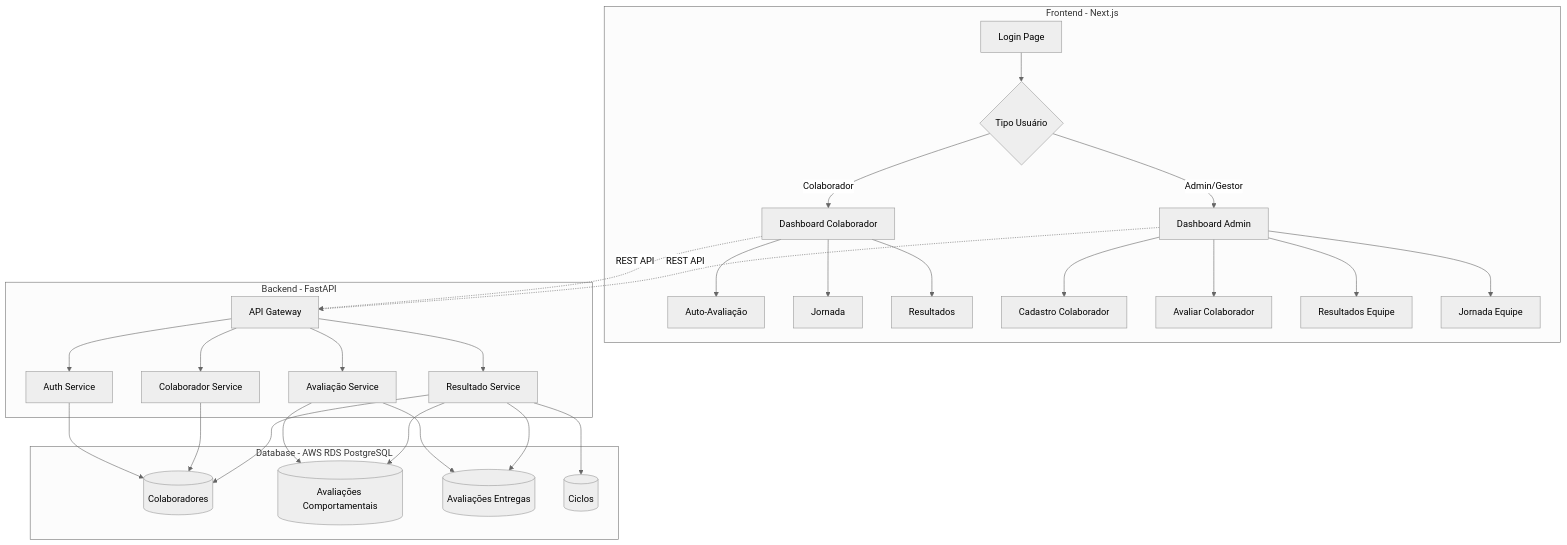
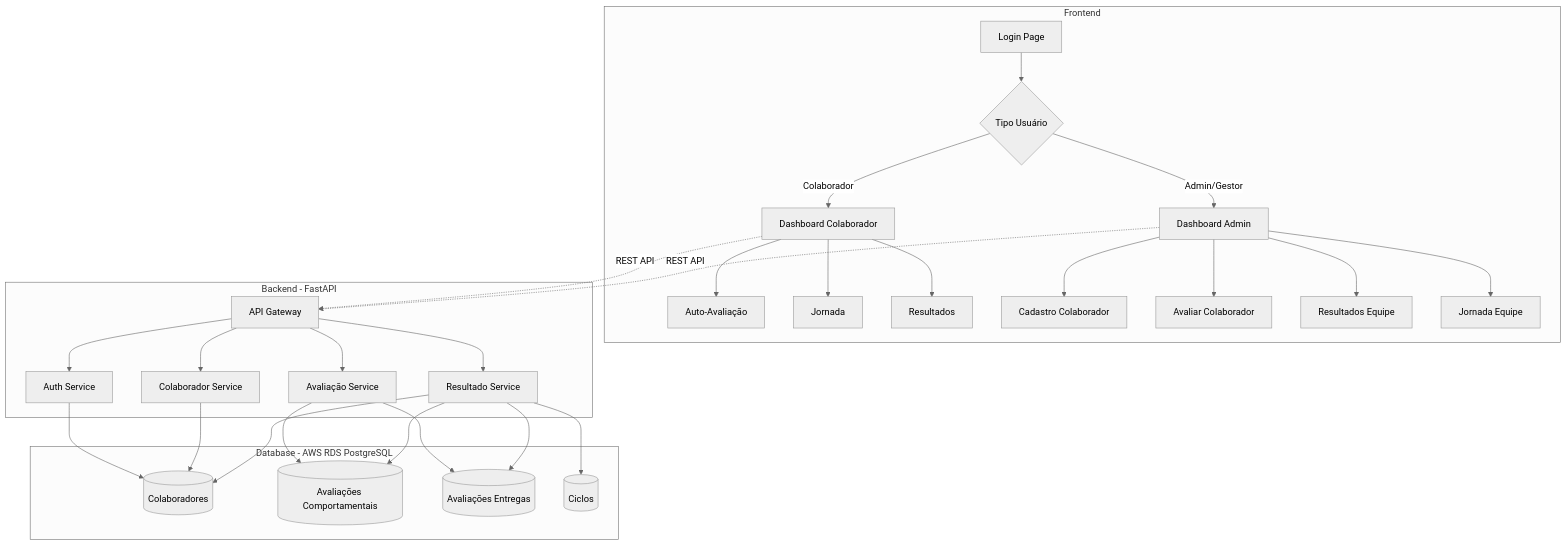
Before and after one commit to caio-andres/avalia-performance: the diagram in docs/ARCHITECTURE.md, drawn with Mermaid (neutral theme). The commit also changed 2 other files, not shown here.

Commit message:
docs(Collections API): API and postman_colletions.md files finished.

````diff
--- a/docs/ARCHITECTURE.md
+++ b/docs/ARCHITECTURE.md
@@ -1,44 +1,44 @@
 ```mermaid
 graph TB
-subgraph "Frontend - Next.js"
+subgraph "Frontend"
 A[Login Page] --> B{Tipo Usuário}
 B -->|Colaborador| C[Dashboard Colaborador]
 B -->|Admin/Gestor| D[Dashboard Admin]
 
         C --> C1[Auto-Avaliação]
         C --> C2[Jornada]
         C --> C3[Resultados]
 
         D --> D1[Cadastro Colaborador]
         D --> D2[Avaliar Colaborador]
         D --> D3[Resultados Equipe]
         D --> D4[Jornada Equipe]
     end
 
     subgraph "Backend - FastAPI"
         E[API Gateway]
         E --> F[Auth Service]
         E --> G[Colaborador Service]
         E --> H[Avaliação Service]
         E --> I[Resultado Service]
     end
 
     subgraph "Database - AWS RDS PostgreSQL"
         J[(Colaboradores)]
         K[(Avaliações Comportamentais)]
         L[(Avaliações Entregas)]
         M[(Ciclos)]
     end
 
     C -.->|REST API| E
     D -.->|REST API| E
 
     F --> J
     G --> J
     H --> K
     H --> L
     I --> J
     I --> K
     I --> L
     I --> M
 ```
````
